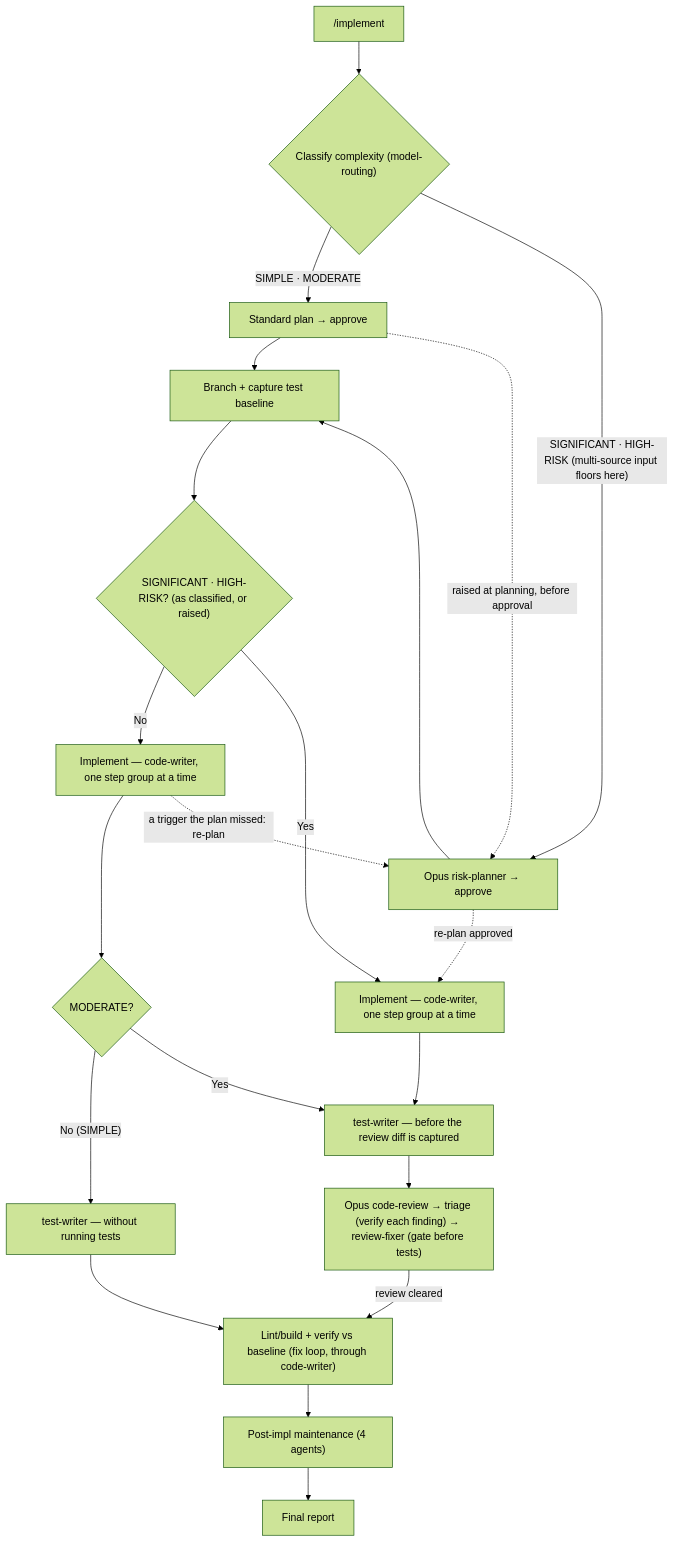
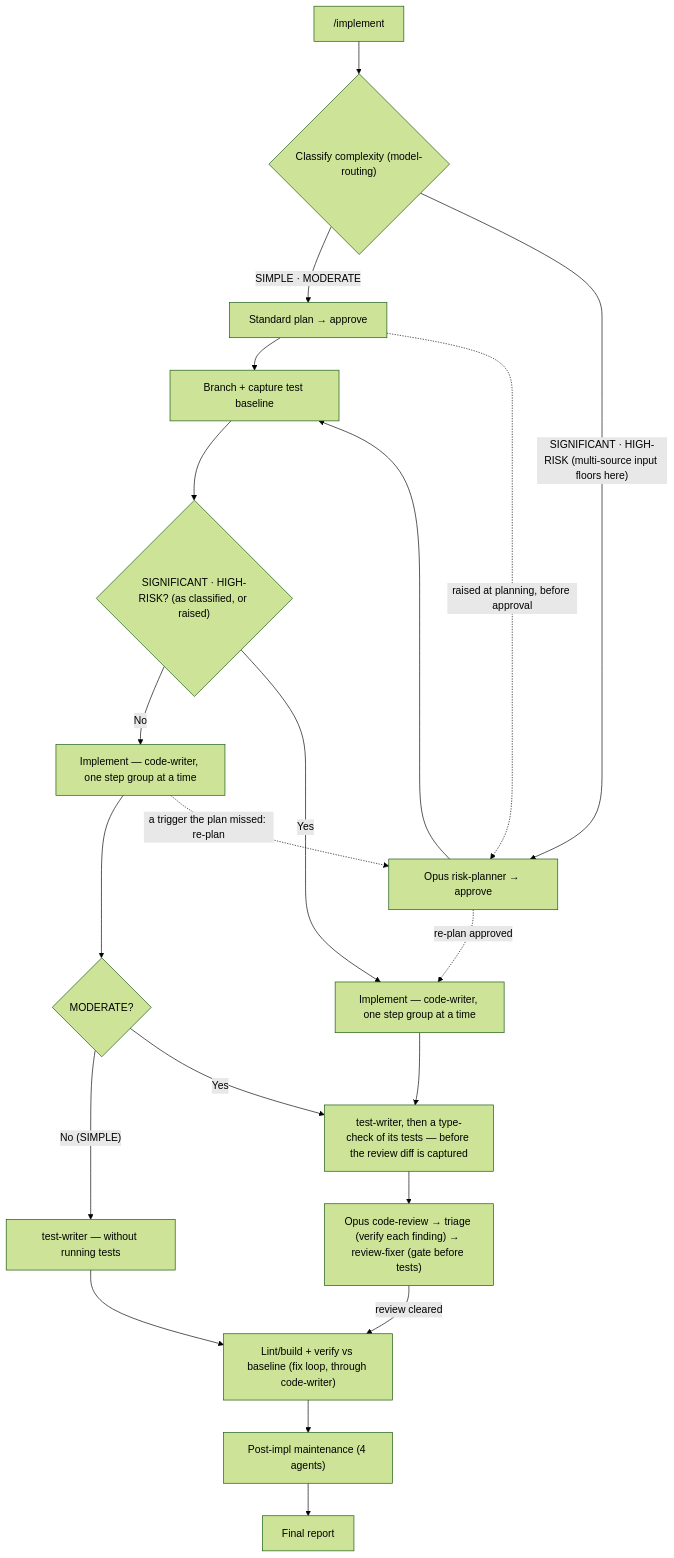
One commit to ihudak/ai-workflows changed the diagram in plugins/dev-workflows/docs/commands/implement.md. Above: the diagram before and after it, drawn with Mermaid (forest theme). The commit also changed other lines of this file and 16 other files, not shown here.

````diff
--- a/plugins/dev-workflows/docs/commands/implement.md
+++ b/plugins/dev-workflows/docs/commands/implement.md
@@ -25,18 +25,18 @@
 ```mermaid
 flowchart TD
     IN["/implement"] --> C{"Classify complexity (model-routing)"}
     C -->|SIMPLE · MODERATE| P1["Standard plan → approve"]
     C -->|"SIGNIFICANT · HIGH-RISK (multi-source input floors here)"| P2["Opus risk-planner → approve"]
     P1 --> BR["Branch + capture test baseline"]
     P2 --> BR
     BR --> G{"SIGNIFICANT · HIGH-RISK? (as classified, or raised)"}
     G -->|No| IMA["Implement — code-writer, one step group at a time"] --> M{"MODERATE?"}
-    G -->|Yes| IMB["Implement — code-writer, one step group at a time"] --> TWB["test-writer — before the review diff is captured"] --> RV["Opus code-review → triage (verify each finding) → review-fixer (gate before tests)"]
+    G -->|Yes| IMB["Implement — code-writer, one step group at a time"] --> TWB["test-writer, then a type-check of its tests — before the review diff is captured"] --> RV["Opus code-review → triage (verify each finding) → review-fixer (gate before tests)"]
     M -->|"No (SIMPLE)"| TWA["test-writer — without running tests"] --> TS["Lint/build + verify vs baseline (fix loop, through code-writer)"]
     M -->|Yes| TWB
     RV -->|review cleared| TS
     TS --> MT["Post-impl maintenance (4 agents)"] --> RP["Final report"]
     P1 -.->|"raised at planning, before approval"| P2
     IMA -.->|"a trigger the plan missed: re-plan"| P2
     P2 -.->|"re-plan approved"| IMB
 ```
````
